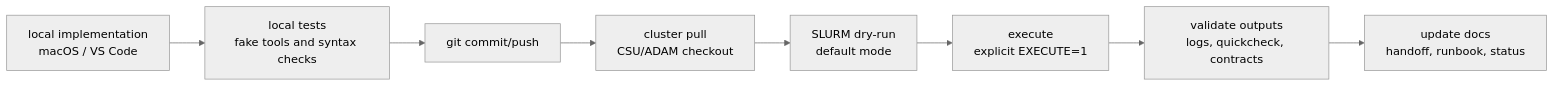
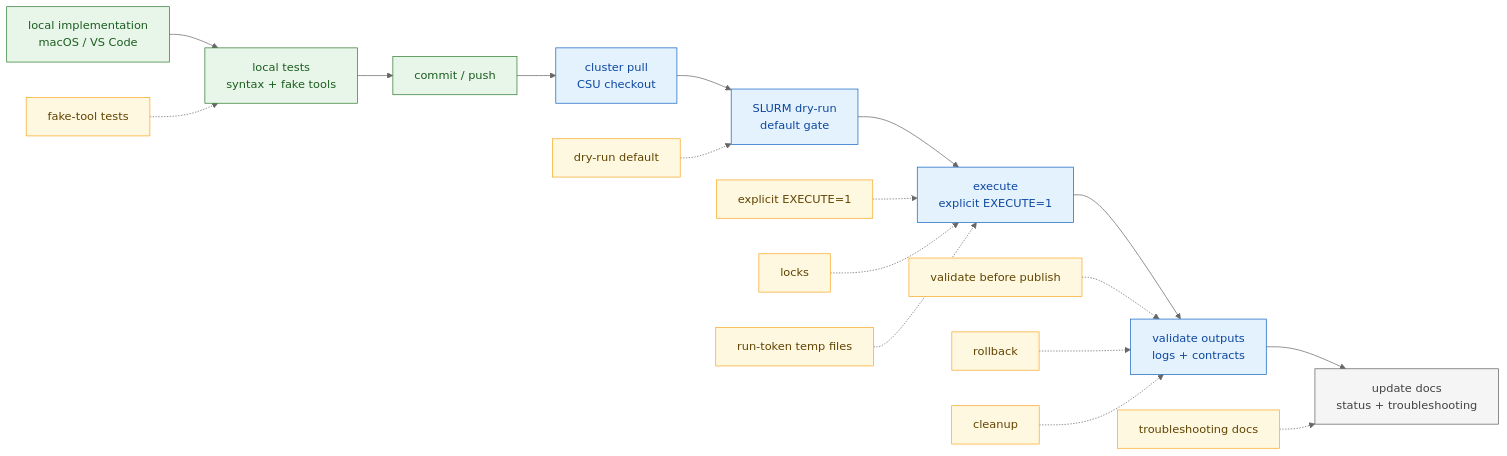
One commit to lab-cats/EMRYS changed the second of 2 diagrams in docs/ARCHITECTURE.md. Above: the diagram before and after it, drawn with Mermaid (neutral theme). The commit also changed other lines of this file and 5 other files, not shown here.

Commit message:
better diagrams

````diff
--- a/docs/ARCHITECTURE.md
+++ b/docs/ARCHITECTURE.md
@@ -74,13 +101,43 @@
 ```mermaid
 flowchart LR
+    classDef gate fill:#e8f5e9,stroke:#2e7d32,color:#1b5e20
+    classDef cluster fill:#e3f2fd,stroke:#1565c0,color:#0d47a1
+    classDef safeguard fill:#fff8e1,stroke:#f9a825,color:#5f4300
+    classDef docs fill:#f5f5f5,stroke:#616161,color:#424242
+
     local["local implementation<br/>macOS / VS Code"]
-    tests["local tests<br/>fake tools and syntax checks"]
-    gitpush["git commit/push"]
-    pull["cluster pull<br/>CSU/ADAM checkout"]
-    dryrun["SLURM dry-run<br/>default mode"]
+    tests["local tests<br/>syntax + fake tools"]
+    gitpush["commit / push"]
+    pull["cluster pull<br/>CSU checkout"]
+    dryrun["SLURM dry-run<br/>default gate"]
     execute["execute<br/>explicit EXECUTE=1"]
-    validate["validate outputs<br/>logs, quickcheck, contracts"]
-    docs["update docs<br/>handoff, runbook, status"]
+    validate["validate outputs<br/>logs + contracts"]
+    docupdate["update docs<br/>status + troubleshooting"]
 
-    local --> tests --> gitpush --> pull --> dryrun --> execute --> validate --> docs
+    fake["fake-tool tests"]
+    drydefault["dry-run default"]
+    execflag["explicit EXECUTE=1"]
+    locks["locks"]
+    runtoken["run-token temp files"]
+    publish["validate before publish"]
+    rollback["rollback"]
+    cleanup["cleanup"]
+    trouble["troubleshooting docs"]
+
+    local --> tests --> gitpush --> pull --> dryrun --> execute --> validate --> docupdate
+
+    fake -.-> tests
+    drydefault -.-> dryrun
+    execflag -.-> execute
+    locks -.-> execute
+    runtoken -.-> execute
+    publish -.-> validate
+    rollback -.-> validate
+    cleanup -.-> validate
+    trouble -.-> docupdate
+
+    class local,tests,gitpush gate
+    class pull,dryrun,execute,validate cluster
+    class fake,drydefault,execflag,locks,runtoken,publish,rollback,cleanup,trouble safeguard
+    class docupdate docs
 ```
````
